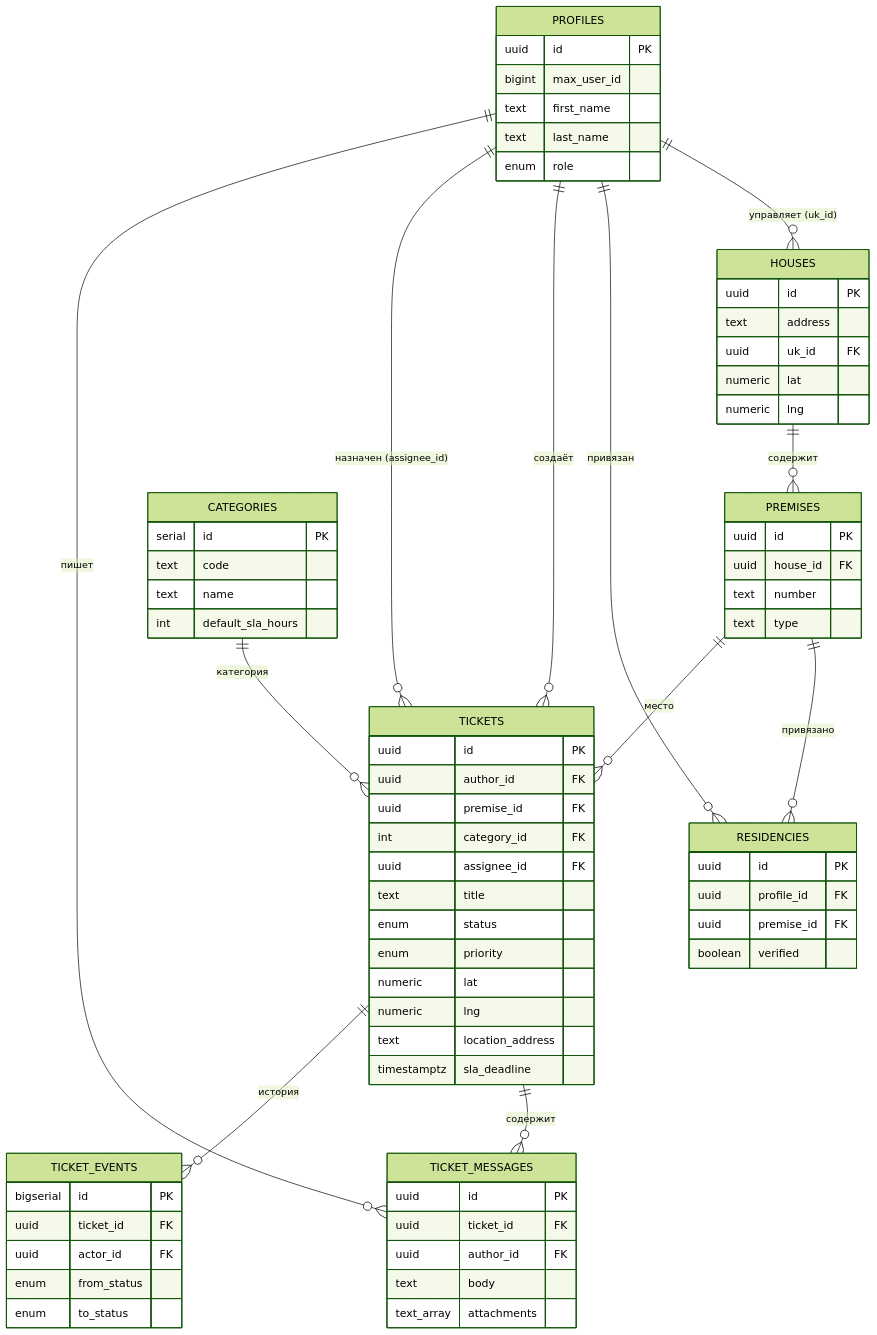
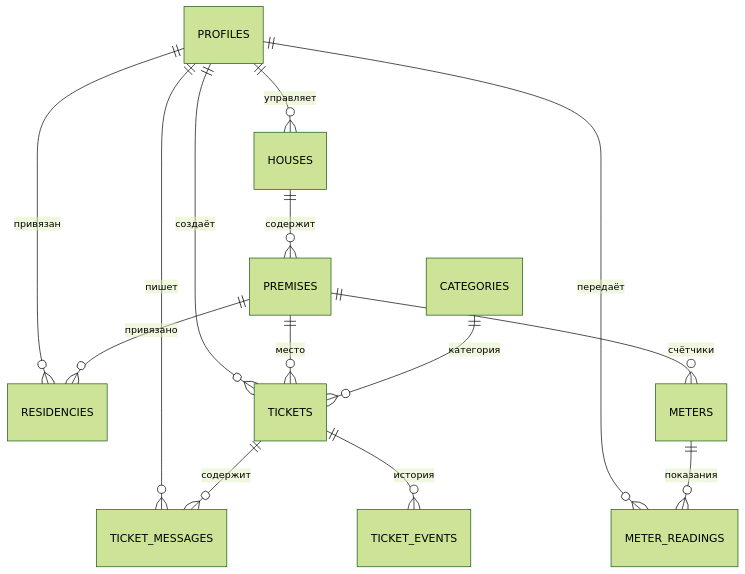
The fifth of 5 diagrams in README.md (SergeyKrivoshchapov/maxhackathon), drawn with Mermaid (forest theme) before and after one commit. The commit also changed other lines of this file and 5 other files, not shown here.

````diff
--- a/README.md
+++ b/README.md
@@ -471,75 +253,16 @@
 ```mermaid
 erDiagram
-    PROFILES ||--o{ HOUSES : "управляет (uk_id)"
+    PROFILES ||--o{ HOUSES : "управляет"
     PROFILES ||--o{ RESIDENCIES : "привязан"
     PROFILES ||--o{ TICKETS : "создаёт"
-    PROFILES ||--o{ TICKETS : "назначен (assignee_id)"
     PROFILES ||--o{ TICKET_MESSAGES : "пишет"
+    PROFILES ||--o{ METER_READINGS : "передаёт"
     HOUSES ||--o{ PREMISES : "содержит"
     PREMISES ||--o{ RESIDENCIES : "привязано"
     PREMISES ||--o{ TICKETS : "место"
+    PREMISES ||--o{ METERS : "счётчики"
     CATEGORIES ||--o{ TICKETS : "категория"
     TICKETS ||--o{ TICKET_MESSAGES : "содержит"
     TICKETS ||--o{ TICKET_EVENTS : "история"
-
-    PROFILES {
-        uuid id PK
-        bigint max_user_id
-        text first_name
-        text last_name
-        enum role
-    }
-    HOUSES {
-        uuid id PK
-        text address
-        uuid uk_id FK
-        numeric lat
-        numeric lng
-    }
-    PREMISES {
-        uuid id PK
-        uuid house_id FK
-        text number
-        text type
-    }
-    RESIDENCIES {
-        uuid id PK
-        uuid profile_id FK
-        uuid premise_id FK
-        boolean verified
-    }
-    CATEGORIES {
-        serial id PK
-        text code
-        text name
-        int default_sla_hours
-    }
-    TICKETS {
-        uuid id PK
-        uuid author_id FK
-        uuid premise_id FK
-        int category_id FK
-        uuid assignee_id FK
-        text title
-        enum status
-        enum priority
-        numeric lat
-        numeric lng
-        text location_address
-        timestamptz sla_deadline
-    }
-    TICKET_MESSAGES {
-        uuid id PK
-        uuid ticket_id FK
-        uuid author_id FK
-        text body
-        text_array attachments
-    }
-    TICKET_EVENTS {
-        bigserial id PK
-        uuid ticket_id FK
-        uuid actor_id FK
-        enum from_status
-        enum to_status
-    }
+    METERS ||--o{ METER_READINGS : "показания"
 ```
````
